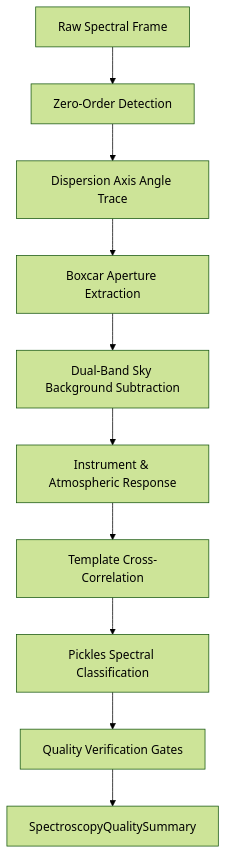
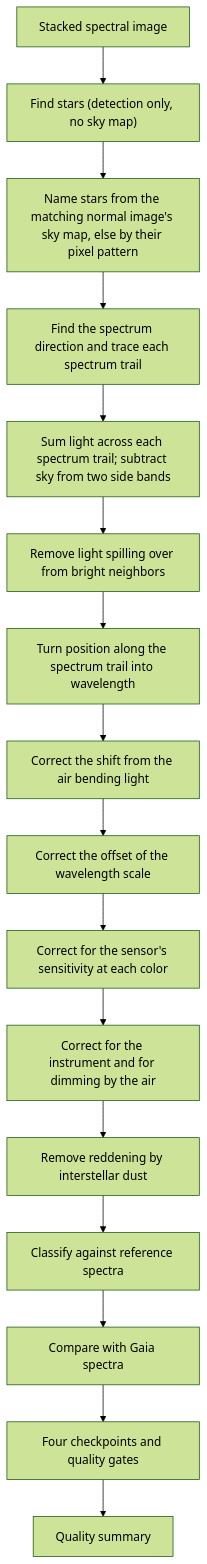
One commit to m1chae2/astrometrics changed the diagram in documentation/library_design/pipelines/spectroscopy.md. Above: the diagram before and after it, drawn with Mermaid (forest theme). The commit also changed other lines of this file and 281 other files, not shown here.

````diff
--- a/documentation/library_design/pipelines/spectroscopy.md
+++ b/documentation/library_design/pipelines/spectroscopy.md
@@ -20,12 +25,18 @@
 ```mermaid
 flowchart TD
-    A["Raw Spectral Frame"] --> B["Zero-Order Detection"]
-    B --> C["Dispersion Axis Angle Trace"]
-    C --> D["Boxcar Aperture Extraction"]
-    D --> E["Dual-Band Sky Background Subtraction"]
-    E --> F["Instrument & Atmospheric Response"]
-    F --> G["Template Cross-Correlation"]
-    G --> H["Pickles Spectral Classification"]
-    H --> I["Quality Verification Gates"]
-    I --> J["SpectroscopyQualitySummary"]
+    A["Stacked spectral image"] --> B["Find stars (detection only, no sky map)"]
+    B --> C["Name stars from the matching normal image's sky map, else by their pixel pattern"]
+    C --> D["Find the spectrum direction and trace each spectrum trail"]
+    D --> E["Sum light across each spectrum trail; subtract sky from two side bands"]
+    E --> F["Remove light spilling over from bright neighbors"]
+    F --> G["Turn position along the spectrum trail into wavelength"]
+    G --> H["Correct the shift from the air bending light"]
+    H --> I["Correct the offset of the wavelength scale"]
+    I --> J["Correct for the sensor's sensitivity at each color"]
+    J --> K["Correct for the instrument and for dimming by the air"]
+    K --> L["Remove reddening by interstellar dust"]
+    L --> M["Classify against reference spectra"]
+    M --> N["Compare with Gaia spectra"]
+    N --> O["Four checkpoints and quality gates"]
+    O --> P["Quality summary"]
 ```
````
